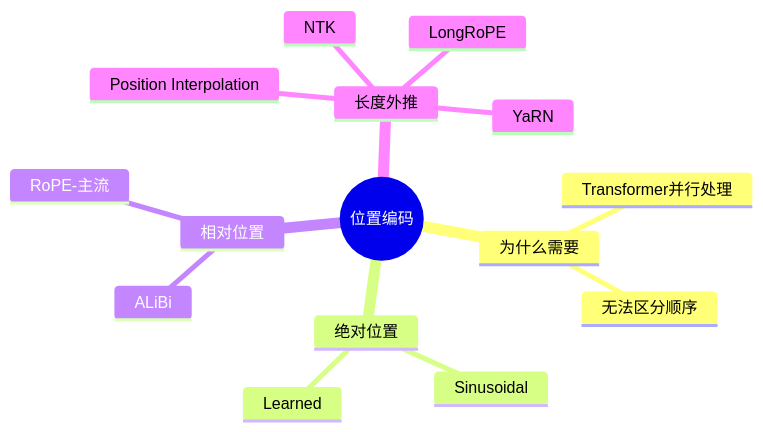
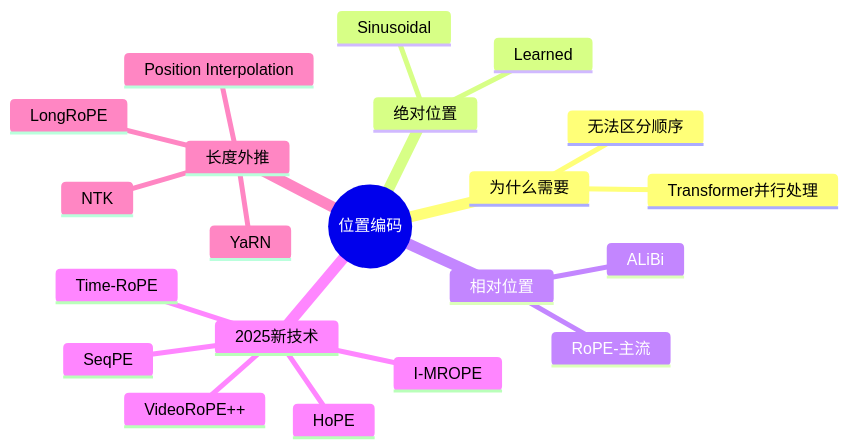
Before and after one commit to Xunzhuo/mini-sglang: diagram 15 of 15 in learning/website/docs/basics/04-positional-encoding.md, drawn with Mermaid. The commit also changed other lines of this file and 7 other files, not shown here.

````diff
--- a/learning/website/docs/basics/04-positional-encoding.md
+++ b/learning/website/docs/basics/04-positional-encoding.md
@@ -335,18 +415,24 @@
 ```mermaid
 mindmap
   root((位置编码))
     为什么需要
       Transformer并行处理
       无法区分顺序
     绝对位置
       Sinusoidal
       Learned
     相对位置
       ALiBi
       RoPE-主流
+    2025新技术
+      HoPE
+      SeqPE
+      VideoRoPE++
+      Time-RoPE
+      I-MROPE
     长度外推
       Position Interpolation
       NTK
       YaRN
       LongRoPE
 ```
````
